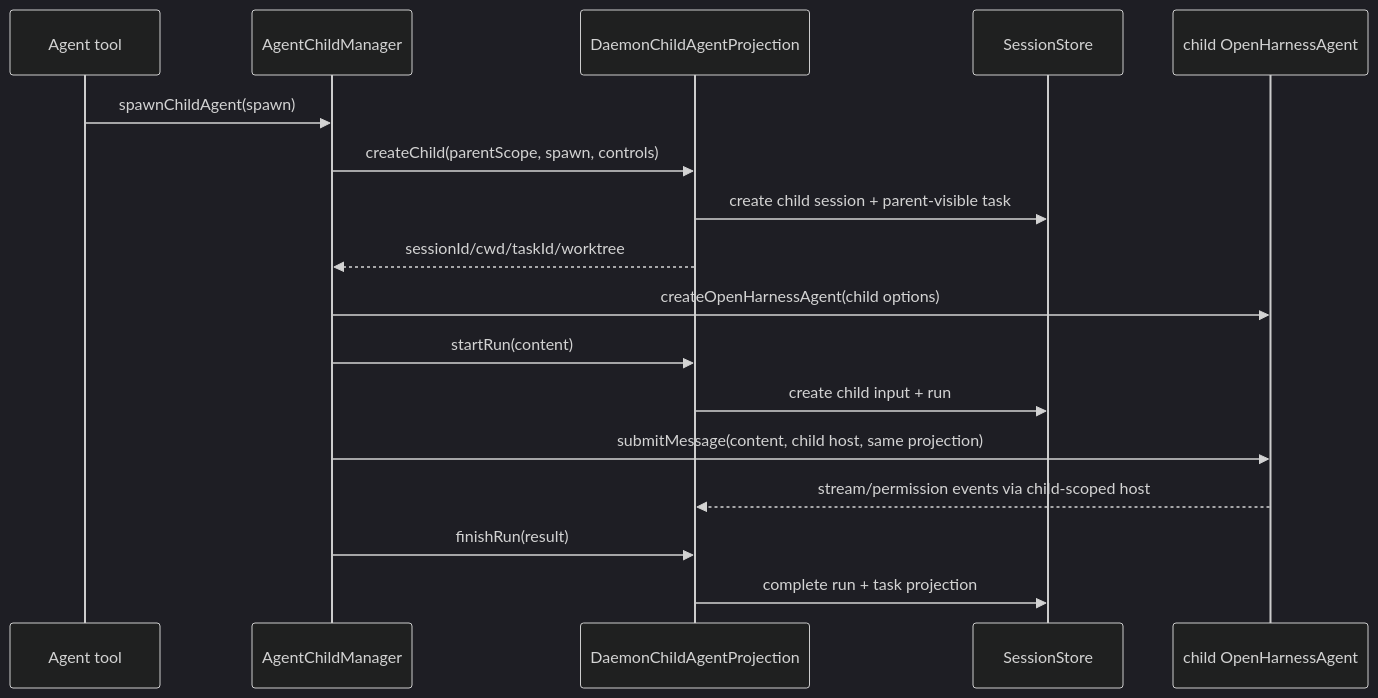
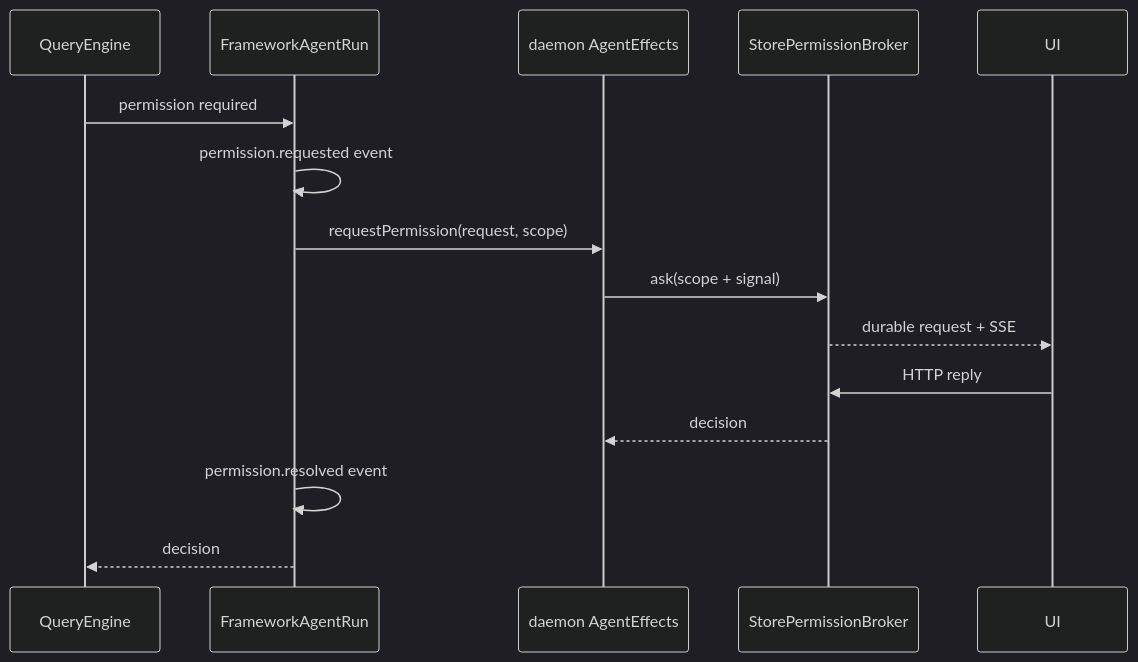
Before and after one commit to rzx007/openharness-ts: the fourth of 4 diagrams in docs/daemon-application-architecture.md, drawn with Mermaid (dark theme). The commit also changed other lines of this file and 9 other files, not shown here.

Commit message:
docs: publish agent events effects runtime architecture

````diff
--- a/docs/daemon-application-architecture.md
+++ b/docs/daemon-application-architecture.md
@@ -193,20 +222,18 @@
 ```mermaid
 sequenceDiagram
-  participant Tool as Agent tool
-  participant M as AgentChildManager
-  participant DP as DaemonChildAgentProjection
-  participant Store as SessionStore
-  participant Child as child OpenHarnessAgent
+  participant QE as QueryEngine
+  participant Run as FrameworkAgentRun
+  participant FX as daemon AgentEffects
+  participant B as StorePermissionBroker
+  participant UI
 
-  Tool->>M: spawnChildAgent(spawn)
-  M->>DP: createChild(parentScope, spawn, controls)
-  DP->>Store: create child session + parent-visible task
-  DP-->>M: sessionId/cwd/taskId/worktree
-  M->>Child: createOpenHarnessAgent(child options)
-  M->>DP: startRun(content)
-  DP->>Store: create child input + run
-  M->>Child: submitMessage(content, child host, same projection)
-  Child-->>DP: stream/permission events via child-scoped host
-  M->>DP: finishRun(result)
-  DP->>Store: complete run + task projection
+  QE->>Run: permission required
+  Run->>Run: permission.requested event
+  Run->>FX: requestPermission(request, scope)
+  FX->>B: ask(scope + signal)
+  B-->>UI: durable request + SSE
+  UI->>B: HTTP reply
+  B-->>FX: decision
+  Run->>Run: permission.resolved event
+  Run-->>QE: decision
 ```
````
